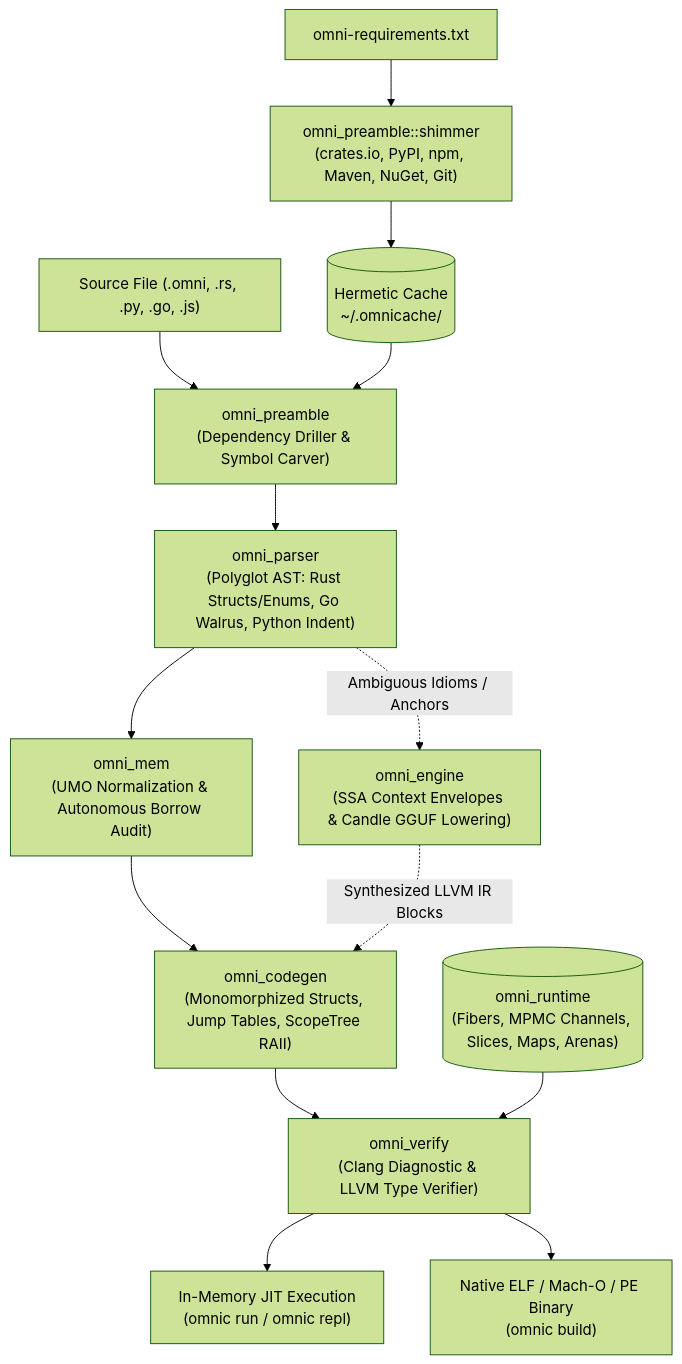
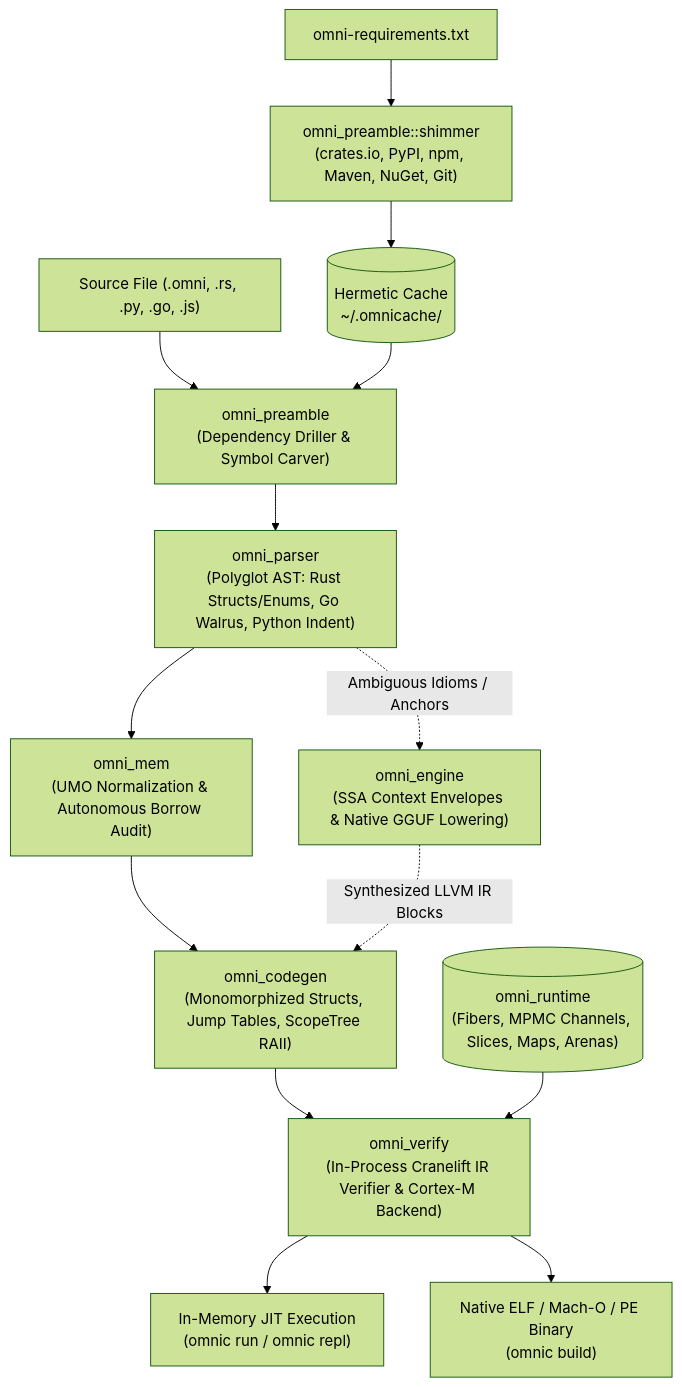
One commit to actes2/omniscript changed the diagram in README.md. Above: the diagram before and after it, drawn with Mermaid (forest theme). The commit also changed other lines of this file, not shown here.

Commit message:
docs(readme): update README for v0.4.0 self-hosting, multi-arch backends, and zero-clang core

````diff
--- a/README.md
+++ b/README.md
@@ -145,21 +149,21 @@
 ```mermaid
 flowchart TD
     MANIFEST["omni-requirements.txt"] --> SHIMMER["omni_preamble::shimmer<br/>(crates.io, PyPI, npm, Maven, NuGet, Git)"]
     SHIMMER --> CACHE[("Hermetic Cache<br/>~/.omnicache/")]
     
     SRC["Source File (.omni, .rs, .py, .go, .js)"] --> PRE["omni_preamble<br/>(Dependency Driller & Symbol Carver)"]
     CACHE --> PRE
     
     PRE --> PARSER["omni_parser<br/>(Polyglot AST: Rust Structs/Enums, Go Walrus, Python Indent)"]
     PARSER --> MEM["omni_mem<br/>(UMO Normalization & Autonomous Borrow Audit)"]
     MEM --> CODEGEN["omni_codegen<br/>(Monomorphized Structs, Jump Tables, ScopeTree RAII)"]
     
-    PARSER -. "Ambiguous Idioms / Anchors" .-> ENG["omni_engine<br/>(SSA Context Envelopes & Candle GGUF Lowering)"]
+    PARSER -. "Ambiguous Idioms / Anchors" .-> ENG["omni_engine<br/>(SSA Context Envelopes & Native GGUF Lowering)"]
     ENG -. "Synthesized LLVM IR Blocks" .-> CODEGEN
     
-    CODEGEN --> VERIFY["omni_verify<br/>(Clang Diagnostic & LLVM Type Verifier)"]
+    CODEGEN --> VERIFY["omni_verify<br/>(In-Process Cranelift IR Verifier & Cortex-M Backend)"]
     VERIFY --> JIT["In-Memory JIT Execution<br/>(omnic run / omnic repl)"]
     VERIFY --> AOT["Native ELF / Mach-O / PE Binary<br/>(omnic build)"]
     
     RUNTIME[("omni_runtime<br/>(Fibers, MPMC Channels, Slices, Maps, Arenas)")] --> VERIFY
 ```
````
